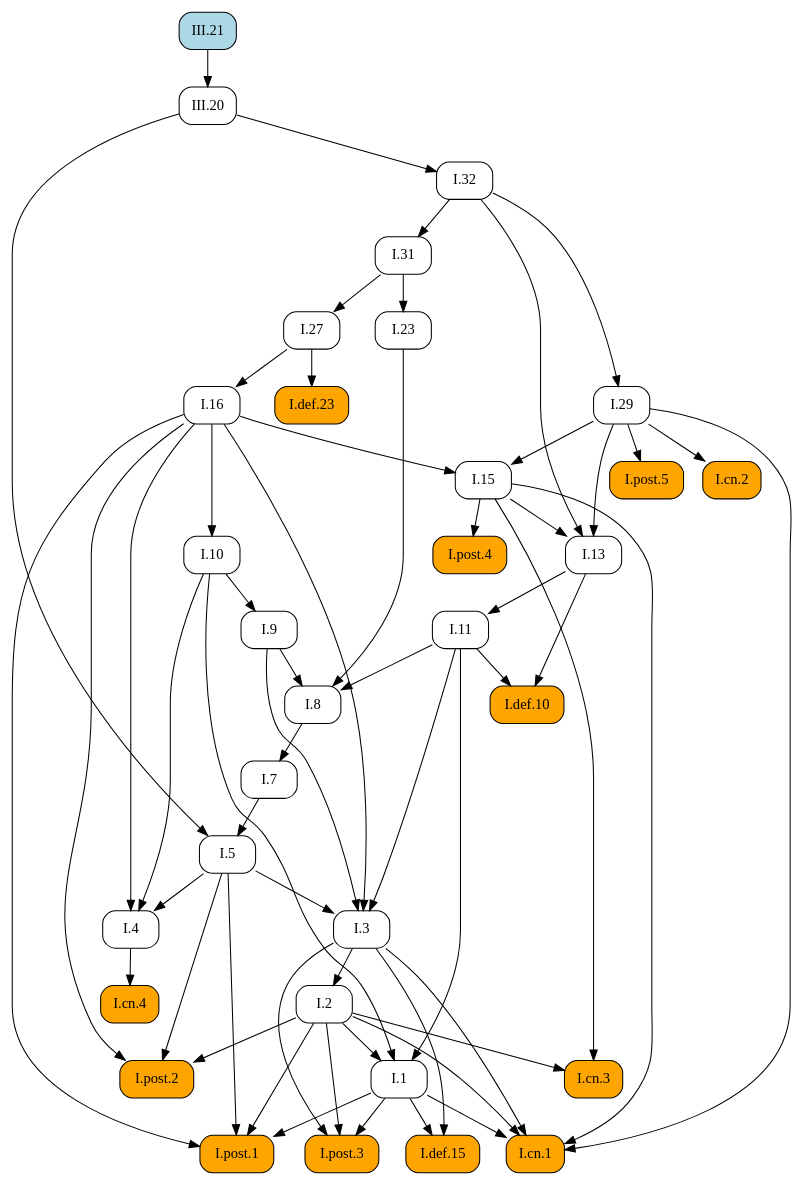
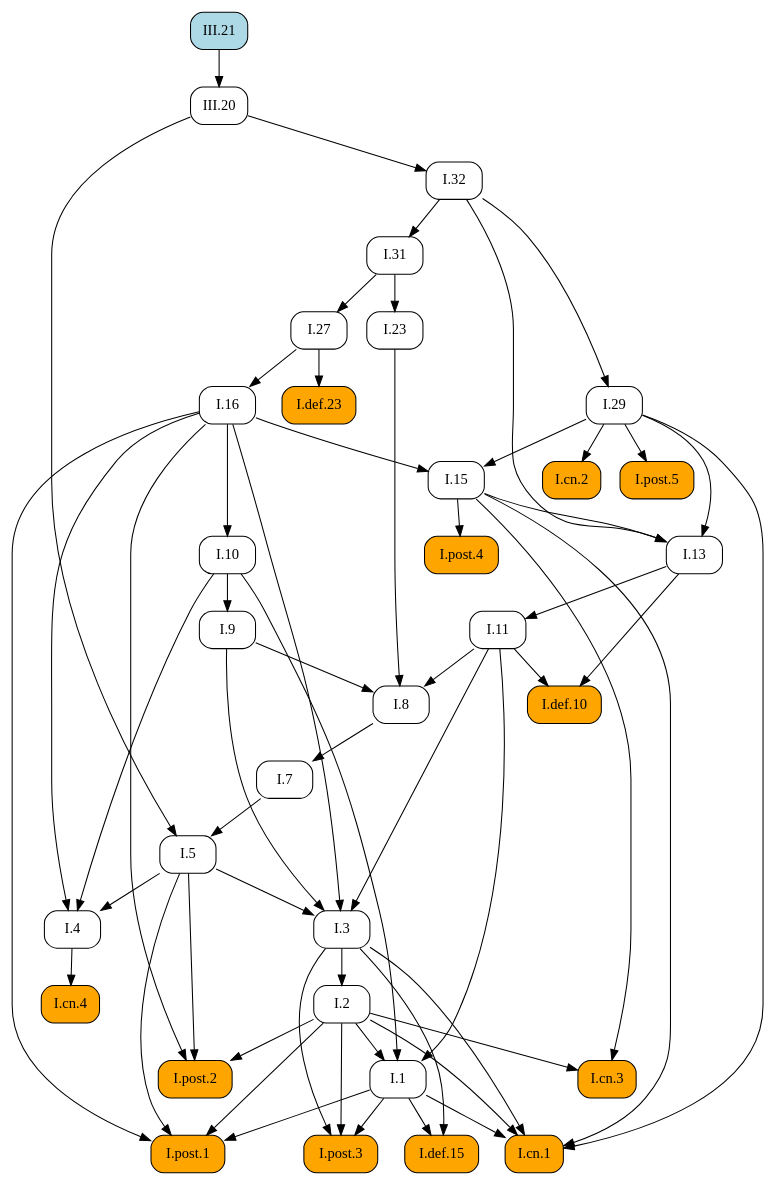
One commit to geometor/elements changed the diagram in docsrc/heath/III/21/index.rst. Above: the diagram before and after it, drawn with Graphviz. The commit also changed other lines of this file and 484 other files, not shown here.

```diff
--- a/docsrc/heath/III/21/index.rst
+++ b/docsrc/heath/III/21/index.rst
@@ -49,94 +49,94 @@
    digraph {
      rankdir="TB";
      node [shape=box, style=rounded];
-     "I.def.10" [style="rounded,filled", fillcolor=orange, URL="/heath/I/def.10/", target="_top"];
-     "I.11" [URL="/heath/I/11/", target="_top"];
+     "I.23" [URL="/heath/I/23/", target="_top"];
+     "I.9" [URL="/heath/I/9/", target="_top"];
+     "I.cn.1" [style="rounded,filled", fillcolor=orange, URL="/heath/I/cn.1/", target="_top"];
+     "I.32" [URL="/heath/I/32/", target="_top"];
+     "I.7" [URL="/heath/I/7/", target="_top"];
+     "I.2" [URL="/heath/I/2/", target="_top"];
+     "I.def.15" [style="rounded,filled", fillcolor=orange, URL="/heath/I/def.15/", target="_top"];
+     "I.13" [URL="/heath/I/13/", target="_top"];
      "I.post.4" [style="rounded,filled", fillcolor=orange, URL="/heath/I/post.4/", target="_top"];
+     "I.4" [URL="/heath/I/4/", target="_top"];
      "I.1" [URL="/heath/I/1/", target="_top"];
-     "I.27" [URL="/heath/I/27/", target="_top"];
-     "I.7" [URL="/heath/I/7/", target="_top"];
-     "I.3" [URL="/heath/I/3/", target="_top"];
-     "I.2" [URL="/heath/I/2/", target="_top"];
-     "I.4" [URL="/heath/I/4/", target="_top"];
-     "I.def.23" [style="rounded,filled", fillcolor=orange, URL="/heath/I/def.23/", target="_top"];
+     "I.post.3" [style="rounded,filled", fillcolor=orange, URL="/heath/I/post.3/", target="_top"];
+     "I.post.1" [style="rounded,filled", fillcolor=orange, URL="/heath/I/post.1/", target="_top"];
+     "I.5" [URL="/heath/I/5/", target="_top"];
+     "I.8" [URL="/heath/I/8/", target="_top"];
      "III.20" [URL="/heath/III/20/", target="_top"];
      "I.29" [URL="/heath/I/29/", target="_top"];
-     "I.13" [URL="/heath/I/13/", target="_top"];
+     "I.cn.3" [style="rounded,filled", fillcolor=orange, URL="/heath/I/cn.3/", target="_top"];
+     "I.16" [URL="/heath/I/16/", target="_top"];
+     "I.31" [URL="/heath/I/31/", target="_top"];
+     "I.def.10" [style="rounded,filled", fillcolor=orange, URL="/heath/I/def.10/", target="_top"];
+     "I.15" [URL="/heath/I/15/", target="_top"];
+     "I.10" [URL="/heath/I/10/", target="_top"];
+     "I.11" [URL="/heath/I/11/", target="_top"];
+     "I.def.23" [style="rounded,filled", fillcolor=orange, URL="/heath/I/def.23/", target="_top"];
      "I.cn.2" [style="rounded,filled", fillcolor=orange, URL="/heath/I/cn.2/", target="_top"];
+     "I.27" [URL="/heath/I/27/", target="_top"];
+     "I.post.5" [style="rounded,filled", fillcolor=orange, URL="/heath/I/post.5/", target="_top"];
+     "I.cn.4" [style="rounded,filled", fillcolor=orange, URL="/heath/I/cn.4/", target="_top"];
+     "III.21" [style="rounded,filled", fillcolor=lightblue, URL="/heath/III/21/", target="_top"];
      "I.post.2" [style="rounded,filled", fillcolor=orange, URL="/heath/I/post.2/", target="_top"];
-     "I.31" [URL="/heath/I/31/", target="_top"];
-     "I.16" [URL="/heath/I/16/", target="_top"];
-     "I.def.15" [style="rounded,filled", fillcolor=orange, URL="/heath/I/def.15/", target="_top"];
-     "I.9" [URL="/heath/I/9/", target="_top"];
-     "I.post.3" [style="rounded,filled", fillcolor=orange, URL="/heath/I/post.3/", target="_top"];
-     "I.cn.1" [style="rounded,filled", fillcolor=orange, URL="/heath/I/cn.1/", target="_top"];
-     "I.cn.3" [style="rounded,filled", fillcolor=orange, URL="/heath/I/cn.3/", target="_top"];
-     "I.32" [URL="/heath/I/32/", target="_top"];
-     "I.8" [URL="/heath/I/8/", target="_top"];
-     "I.cn.4" [style="rounded,filled", fillcolor=orange, URL="/heath/I/cn.4/", target="_top"];
-     "I.23" [URL="/heath/I/23/", target="_top"];
-     "I.15" [URL="/heath/I/15/", target="_top"];
-     "III.21" [style="rounded,filled", fillcolor=lightblue, URL="/heath/III/21/", target="_top"];
-     "I.post.5" [style="rounded,filled", fillcolor=orange, URL="/heath/I/post.5/", target="_top"];
-     "I.post.1" [style="rounded,filled", fillcolor=orange, URL="/heath/I/post.1/", target="_top"];
-     "I.10" [URL="/heath/I/10/", target="_top"];
-     "I.5" [URL="/heath/I/5/", target="_top"];
-     "I.11" -> "I.def.10";
-     "I.13" -> "I.def.10";
-     "I.13" -> "I.11";
-     "I.15" -> "I.post.4";
-     "I.2" -> "I.1";
-     "I.10" -> "I.1";
-     "I.11" -> "I.1";
-     "I.31" -> "I.27";
-     "I.8" -> "I.7";
-     "I.5" -> "I.3";
-     "I.9" -> "I.3";
-     "I.11" -> "I.3";
-     "I.16" -> "I.3";
-     "I.3" -> "I.2";
-     "I.5" -> "I.4";
-     "I.10" -> "I.4";
-     "I.16" -> "I.4";
-     "I.27" -> "I.def.23";
-     "III.21" -> "III.20";
-     "I.32" -> "I.29";
-     "I.15" -> "I.13";
-     "I.29" -> "I.13";
-     "I.32" -> "I.13";
-     "I.29" -> "I.cn.2";
-     "I.2" -> "I.post.2";
-     "I.5" -> "I.post.2";
-     "I.16" -> "I.post.2";
-     "I.32" -> "I.31";
-     "I.27" -> "I.16";
-     "I.1" -> "I.def.15";
-     "I.3" -> "I.def.15";
+     "I.3" [URL="/heath/I/3/", target="_top"];
+     "I.31" -> "I.23";
      "I.10" -> "I.9";
-     "I.1" -> "I.post.3";
-     "I.2" -> "I.post.3";
-     "I.3" -> "I.post.3";
      "I.1" -> "I.cn.1";
      "I.2" -> "I.cn.1";
      "I.3" -> "I.cn.1";
      "I.15" -> "I.cn.1";
      "I.29" -> "I.cn.1";
-     "I.2" -> "I.cn.3";
-     "I.15" -> "I.cn.3";
      "III.20" -> "I.32";
-     "I.9" -> "I.8";
-     "I.11" -> "I.8";
-     "I.23" -> "I.8";
-     "I.4" -> "I.cn.4";
-     "I.31" -> "I.23";
-     "I.16" -> "I.15";
-     "I.29" -> "I.15";
-     "I.29" -> "I.post.5";
+     "I.8" -> "I.7";
+     "I.3" -> "I.2";
+     "I.1" -> "I.def.15";
+     "I.3" -> "I.def.15";
+     "I.15" -> "I.13";
+     "I.29" -> "I.13";
+     "I.32" -> "I.13";
+     "I.15" -> "I.post.4";
+     "I.5" -> "I.4";
+     "I.10" -> "I.4";
+     "I.16" -> "I.4";
+     "I.2" -> "I.1";
+     "I.10" -> "I.1";
+     "I.11" -> "I.1";
+     "I.1" -> "I.post.3";
+     "I.2" -> "I.post.3";
+     "I.3" -> "I.post.3";
      "I.1" -> "I.post.1";
      "I.2" -> "I.post.1";
      "I.5" -> "I.post.1";
      "I.16" -> "I.post.1";
-     "I.16" -> "I.10";
      "I.7" -> "I.5";
      "III.20" -> "I.5";
+     "I.9" -> "I.8";
+     "I.11" -> "I.8";
+     "I.23" -> "I.8";
+     "III.21" -> "III.20";
+     "I.32" -> "I.29";
+     "I.2" -> "I.cn.3";
+     "I.15" -> "I.cn.3";
+     "I.27" -> "I.16";
+     "I.32" -> "I.31";
+     "I.11" -> "I.def.10";
+     "I.13" -> "I.def.10";
+     "I.16" -> "I.15";
+     "I.29" -> "I.15";
+     "I.16" -> "I.10";
+     "I.13" -> "I.11";
+     "I.27" -> "I.def.23";
+     "I.29" -> "I.cn.2";
+     "I.31" -> "I.27";
+     "I.29" -> "I.post.5";
+     "I.4" -> "I.cn.4";
+     "I.2" -> "I.post.2";
+     "I.5" -> "I.post.2";
+     "I.16" -> "I.post.2";
+     "I.5" -> "I.3";
+     "I.9" -> "I.3";
+     "I.11" -> "I.3";
+     "I.16" -> "I.3";
    }
```
